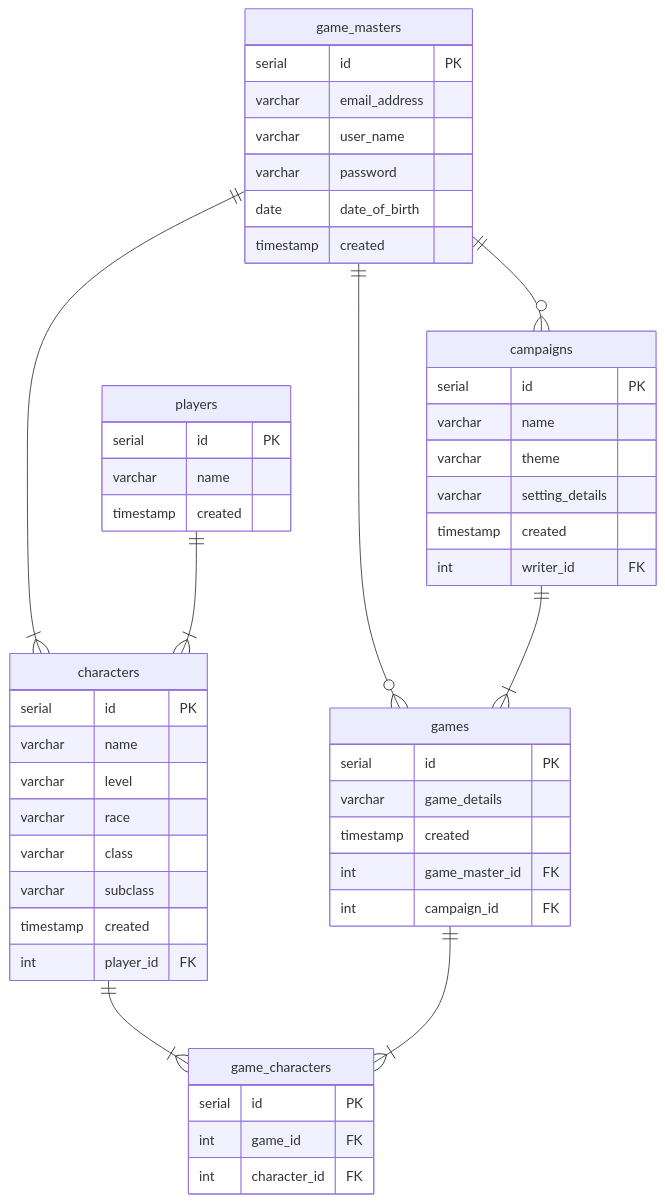
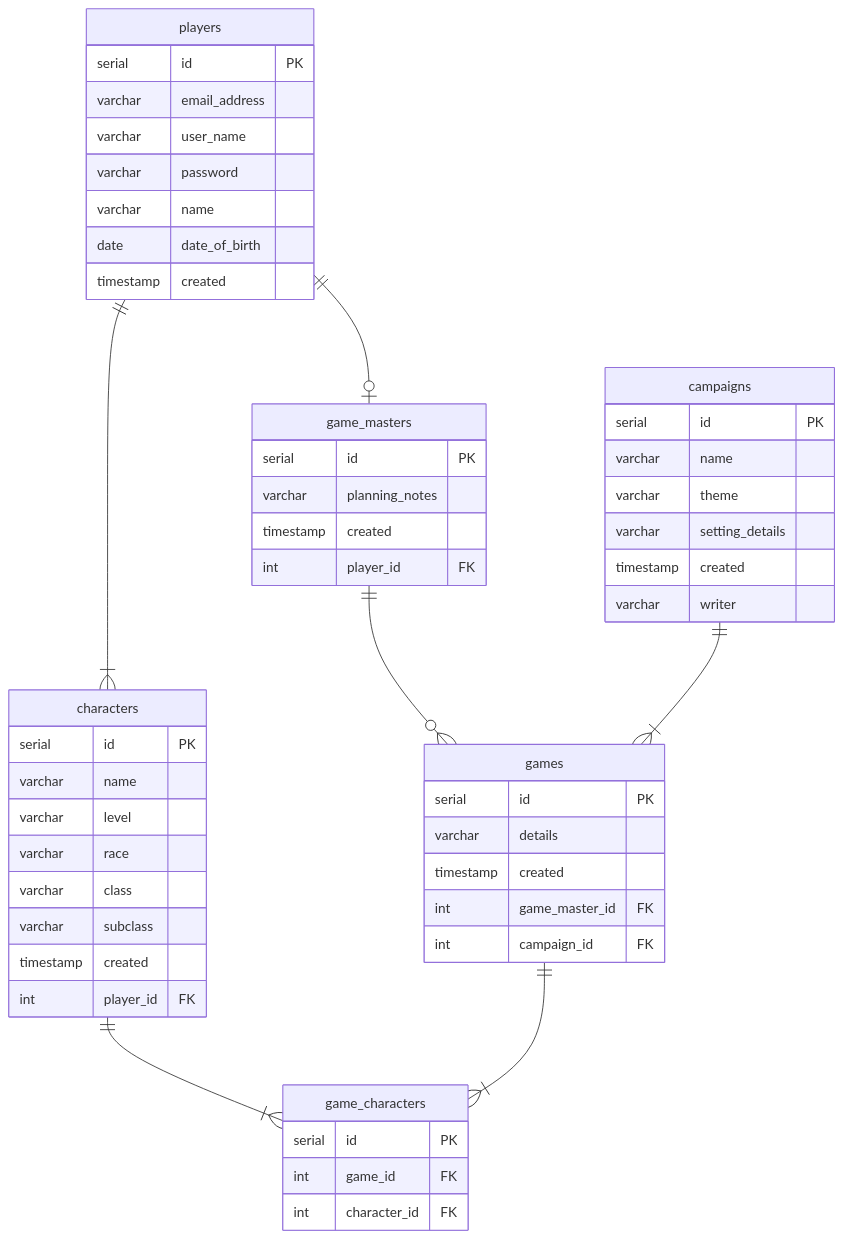
The second of 2 diagrams in README.md (Rkfmckee/CoE-DnD-Organiser), drawn with Mermaid before and after one commit. The commit also changed other lines of this file, not shown here.

Commit message:
Update ERD

````diff
--- a/README.md
+++ b/README.md
@@ -57,66 +57,67 @@
 ``` mermaid
 erDiagram 
 
 game_masters ||--o{ games : ""
-game_masters ||--o{ campaigns : ""
-game_masters ||--|{ characters : ""
 players ||--|{ characters : ""
+players ||--|o game_masters : ""
 campaigns ||--|{ games : ""
 characters ||--|{ game_characters : ""
 games ||--|{ game_characters : ""
 
 game_masters 
 {
     serial id PK
-    varchar email_address
-    varchar user_name
-    varchar password
-    date date_of_birth
+    varchar planning_notes
     timestamp created
+    int player_id FK
 }
 
 players 
 {
     serial id PK
+    varchar email_address
+    varchar user_name
+    varchar password
     varchar name
+    date date_of_birth
     timestamp created
 }
 
 games 
 {
     serial id PK
-    varchar game_details
+    varchar details
     timestamp created
     int game_master_id FK
     int campaign_id FK
 }
 
 campaigns 
 {
     serial id PK
     varchar name
     varchar theme
     varchar setting_details
     timestamp created
-    int writer_id FK
+    varchar writer
 }
 
 characters 
 {
     serial id PK
     varchar name
     varchar level
     varchar race
     varchar class
     varchar subclass
     timestamp created
     int player_id FK
 }
 
 game_characters 
 {
     serial id PK
     int game_id FK
     int character_id FK
 }
 ```
````
